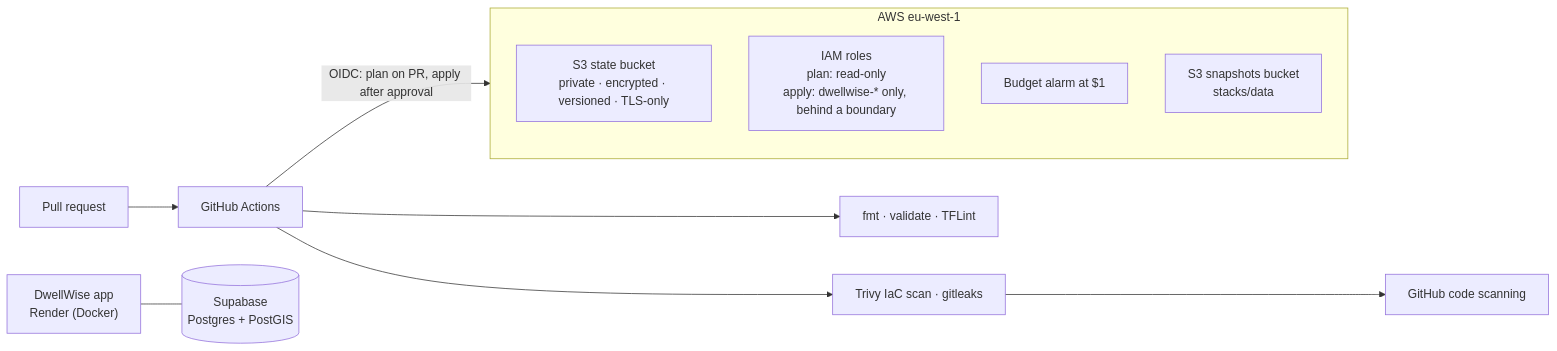
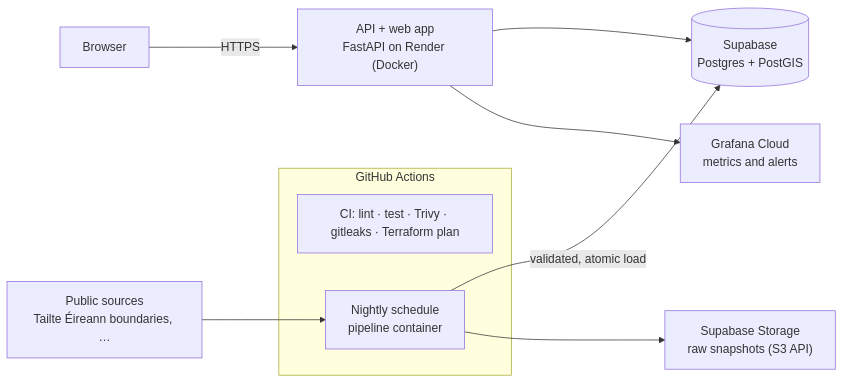
One commit to Neel09apr/DwellWise changed the diagram in README.md. Above: the diagram before and after it, drawn with Mermaid. The commit also changed other lines of this file and 3 other files, not shown here.

````diff
--- a/README.md
+++ b/README.md
@@ -18,17 +17,15 @@
 ```mermaid
 flowchart LR
-  pr["Pull request"] --> ci["GitHub Actions"]
-  ci --> checks["fmt · validate · TFLint"]
-  ci --> scans["Trivy IaC scan · gitleaks"]
-  scans --> tab["GitHub code scanning"]
-  ci -- "OIDC: plan on PR, apply after approval" --> aws
+  user["Browser"] -->|HTTPS| app["API + web app<br/>FastAPI on Render (Docker)"]
+  app --> db[("Supabase<br/>Postgres + PostGIS")]
 
-  subgraph aws["AWS eu-west-1"]
-    state["S3 state bucket<br/>private · encrypted · versioned · TLS-only"]
-    roles["IAM roles<br/>plan: read-only<br/>apply: dwellwise-* only, behind a boundary"]
-    budget["Budget alarm at $1"]
-    data["S3 snapshots bucket<br/>stacks/data"]
+  subgraph gha["GitHub Actions"]
+    ci["CI: lint · test · Trivy · gitleaks · Terraform plan"]
+    nightly["Nightly schedule<br/>pipeline container"]
   end
 
-  app["DwellWise app<br/>Render (Docker)"] --- db[("Supabase<br/>Postgres + PostGIS")]
+  sources["Public sources<br/>Tailte Éireann boundaries, …"] --> nightly
+  nightly -->|"validated, atomic load"| db
+  nightly --> raw["Supabase Storage<br/>raw snapshots (S3 API)"]
+  app --> obs["Grafana Cloud<br/>metrics and alerts"]
 ```
````
